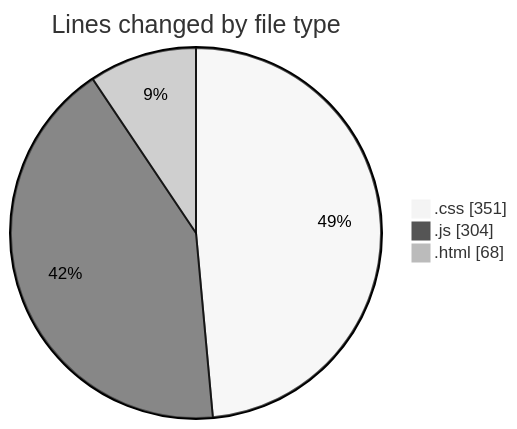
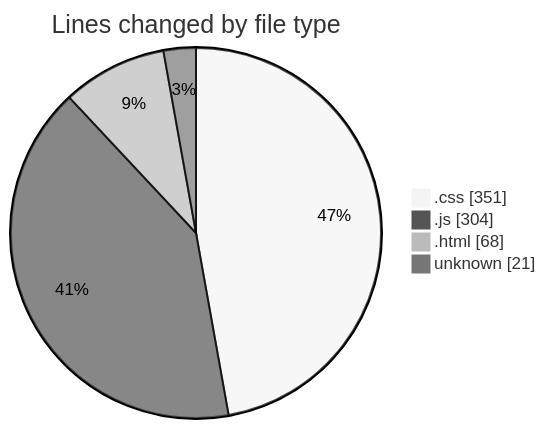
The first of 2 diagrams in 2025-06-01/projects/README.md (Ritupan-Deka/code-tracking), drawn with Mermaid (neutral theme) before and after one commit. The commit also changed other lines of this file and 1 other file, not shown here.

````diff
--- a/2025-06-01/projects/README.md
+++ b/2025-06-01/projects/README.md
@@ -25,7 +26,8 @@
 ```mermaid
 pie showData
 title Lines changed by file type
 ".css" : 351
 ".js" : 304
 ".html" : 68
+"unknown" : 21
 ```
````
